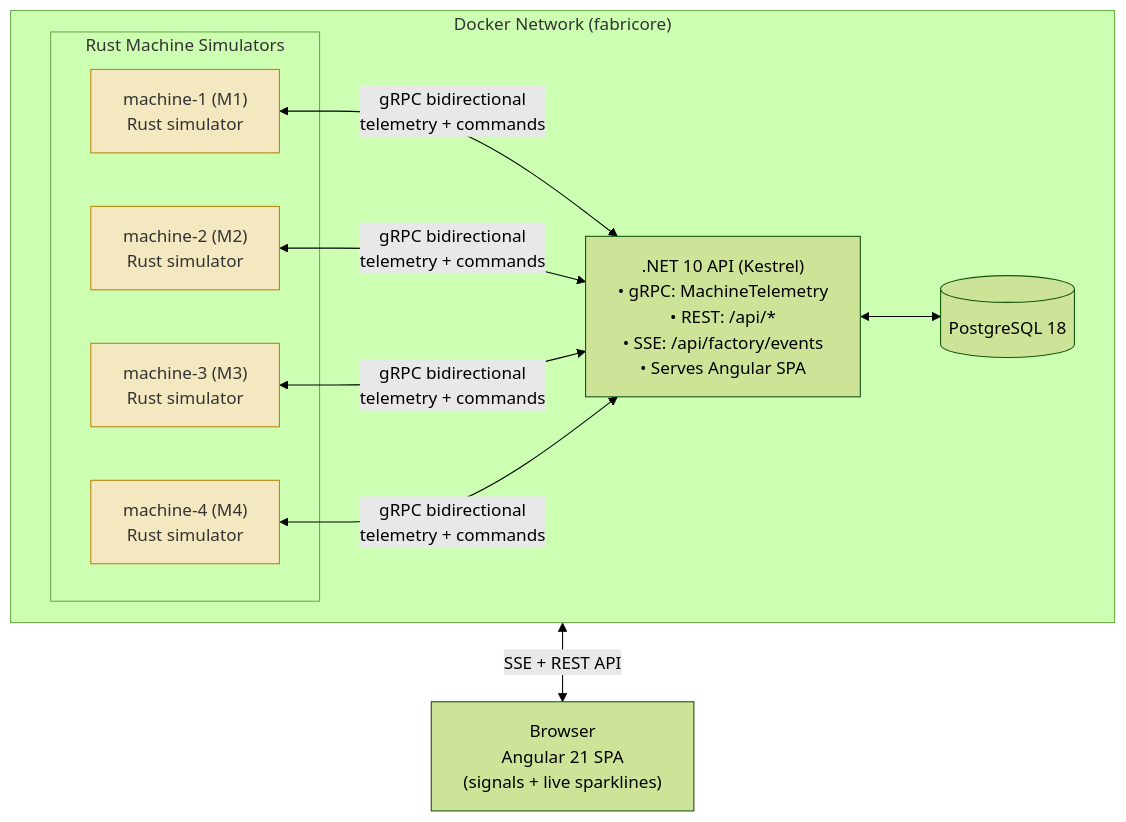
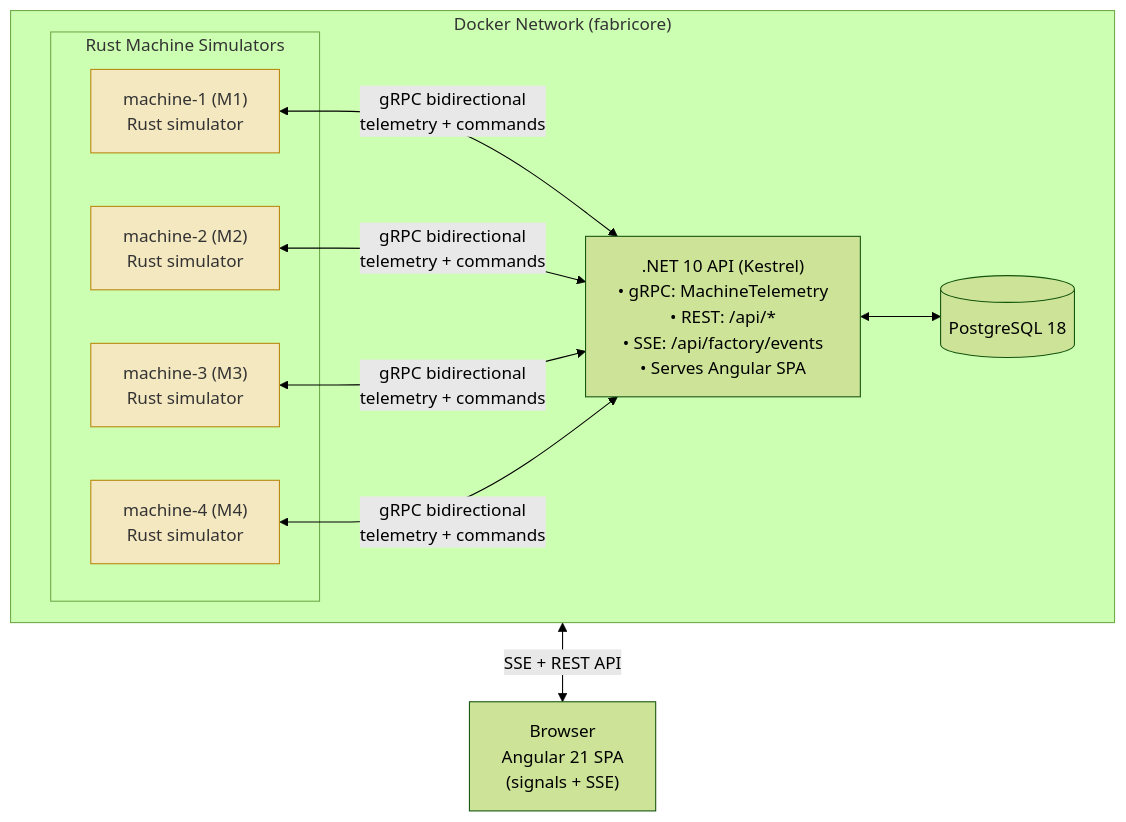
Before and after one commit to Sebastian-Elstadt/Fabricore: the diagram in README.md, drawn with Mermaid (forest theme). The commit also changed other lines of this file, not shown here.

````diff
--- a/README.md
+++ b/README.md
@@ -44,27 +44,27 @@
 ```mermaid
 flowchart TB
     subgraph Network["Docker Network (fabricore)"]
         direction LR
 
         subgraph Sims["Rust Machine Simulators"]
             M1["machine-1 (M1)\nRust simulator"]
             M2["machine-2 (M2)\nRust simulator"]
             M3["machine-3 (M3)\nRust simulator"]
             M4["machine-4 (M4)\nRust simulator"]
         end
 
         API[".NET 10 API (Kestrel)\n• gRPC: MachineTelemetry\n• REST: /api/*\n• SSE: /api/factory/events\n• Serves Angular SPA"]
 
         DB[(PostgreSQL 18)]
     end
 
-    SPA["Browser\nAngular 21 SPA\n(signals + live sparklines)"]
+    SPA["Browser\nAngular 21 SPA\n(signals + SSE)"]
 
     M1 & M2 & M3 & M4 <-->|gRPC bidirectional\ntelemetry + commands| API
     API <--> DB
 
     API <-->|SSE + REST API| SPA
 
     classDef rust fill:#f4e8c1,stroke:#b8860b,color:#333
     class M1,M2,M3,M4 rust
 ```
````
